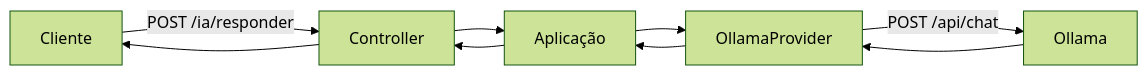
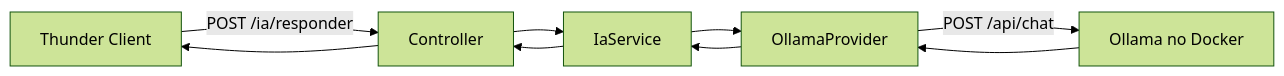
One commit to luciano-alexandre/topicos-avancados changed the first of 3 diagrams in docs/encontros/encontro-06.md. Above: the diagram before and after it, drawn with Mermaid (forest theme). The commit also changed other lines of this file, not shown here.

````diff
--- a/docs/encontros/encontro-06.md
+++ b/docs/encontros/encontro-06.md
@@ -23,11 +22,11 @@
 ```mermaid
 flowchart LR
-    C[Cliente] -->|POST /ia/responder| CT[Controller]
-    CT --> S[Aplicação]
+    C[Thunder Client] -->|POST /ia/responder| CT[Controller]
+    CT --> S[IaService]
     S --> P[OllamaProvider]
-    P -->|POST /api/chat| O[Ollama]
+    P -->|POST /api/chat| O[Ollama no Docker]
     O --> P
     P --> S
     S --> CT
     CT --> C
 ```
````
